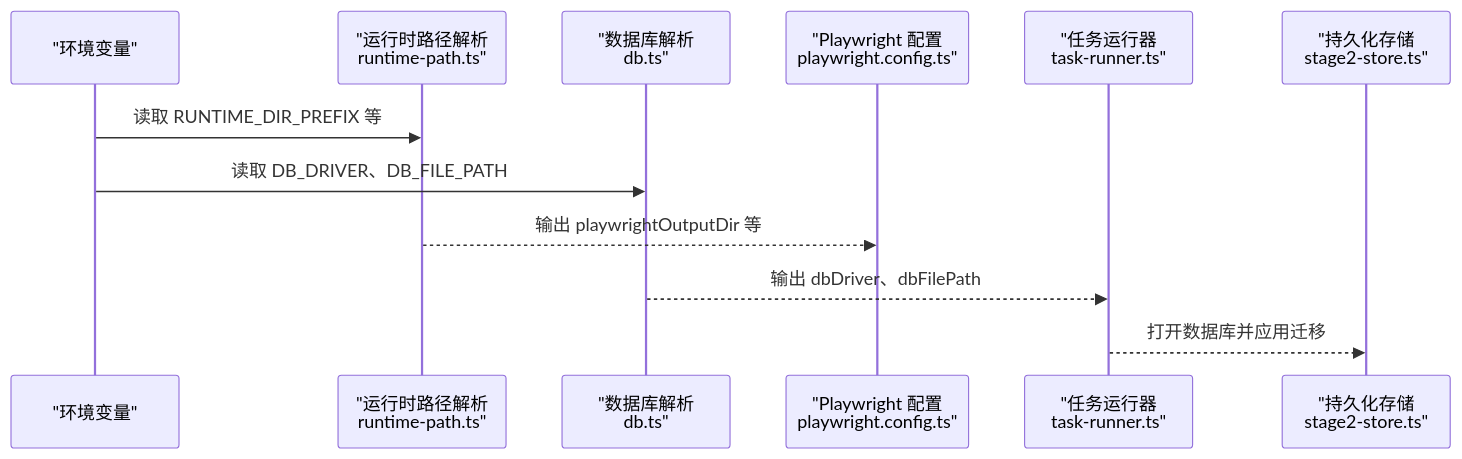
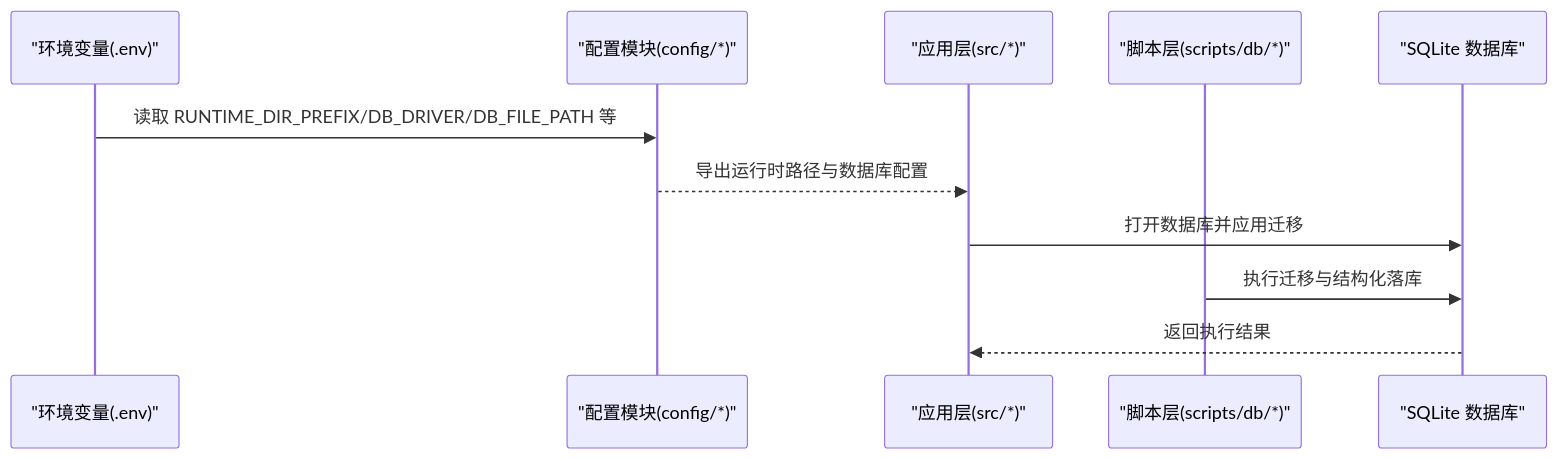
The second of 6 diagrams in .qoder/repowiki/zh/content/配置管理系统/配置管理系统.md (Jiane-EJ/playwright-mind), drawn with Mermaid before and after one commit. The commit also changed other lines of this file and 151 other files, not shown here.

````diff
--- a/.qoder/repowiki/zh/content/配置管理系统/配置管理系统.md
+++ b/.qoder/repowiki/zh/content/配置管理系统/配置管理系统.md
@@ -120,14 +110,13 @@
 ```mermaid
 sequenceDiagram
-participant Env as "环境变量"
-participant RT as "运行时路径解析<br/>runtime-path.ts"
-participant DB as "数据库解析<br/>db.ts"
-participant PW as "Playwright 配置<br/>playwright.config.ts"
-participant TR as "任务运行器<br/>task-runner.ts"
-participant S2S as "持久化存储<br/>stage2-store.ts"
-Env->>RT : 读取 RUNTIME_DIR_PREFIX 等
-Env->>DB : 读取 DB_DRIVER、DB_FILE_PATH
-RT-->>PW : 输出 playwrightOutputDir 等
-DB-->>TR : 输出 dbDriver、dbFilePath
-TR-->>S2S : 打开数据库并应用迁移
+participant ENV as "环境变量(.env)"
+participant CFG as "配置模块(config/*)"
+participant APP as "应用层(src/*)"
+participant SCRIPT as "脚本层(scripts/db/*)"
+participant DB as "SQLite 数据库"
+ENV->>CFG : 读取 RUNTIME_DIR_PREFIX/DB_DRIVER/DB_FILE_PATH 等
+CFG-->>APP : 导出运行时路径与数据库配置
+APP->>DB : 打开数据库并应用迁移
+SCRIPT->>DB : 执行迁移与结构化落库
+DB-->>APP : 返回执行结果
 ```
````
